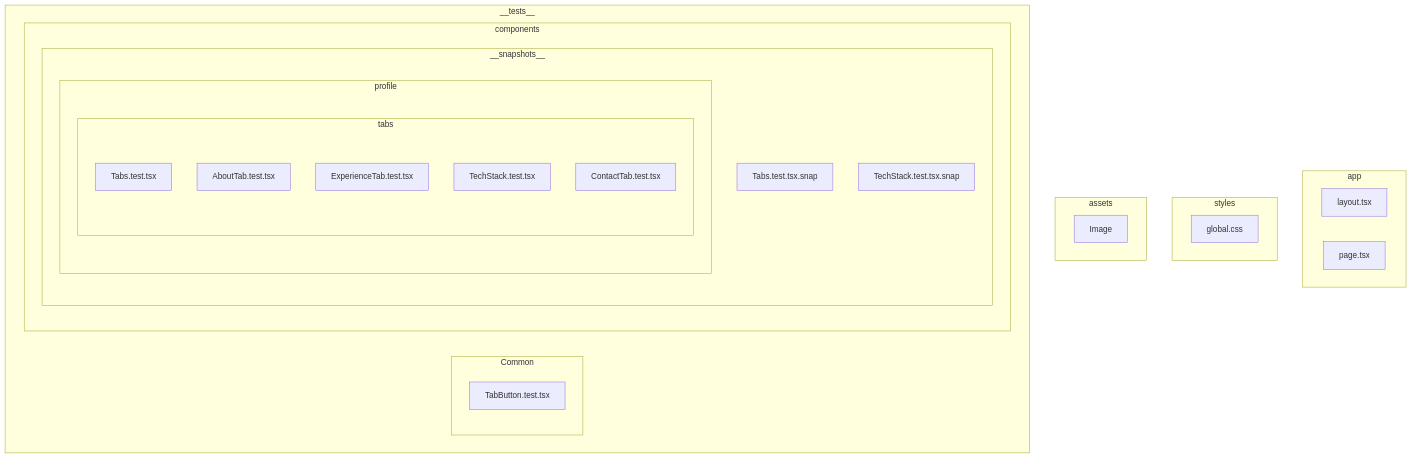
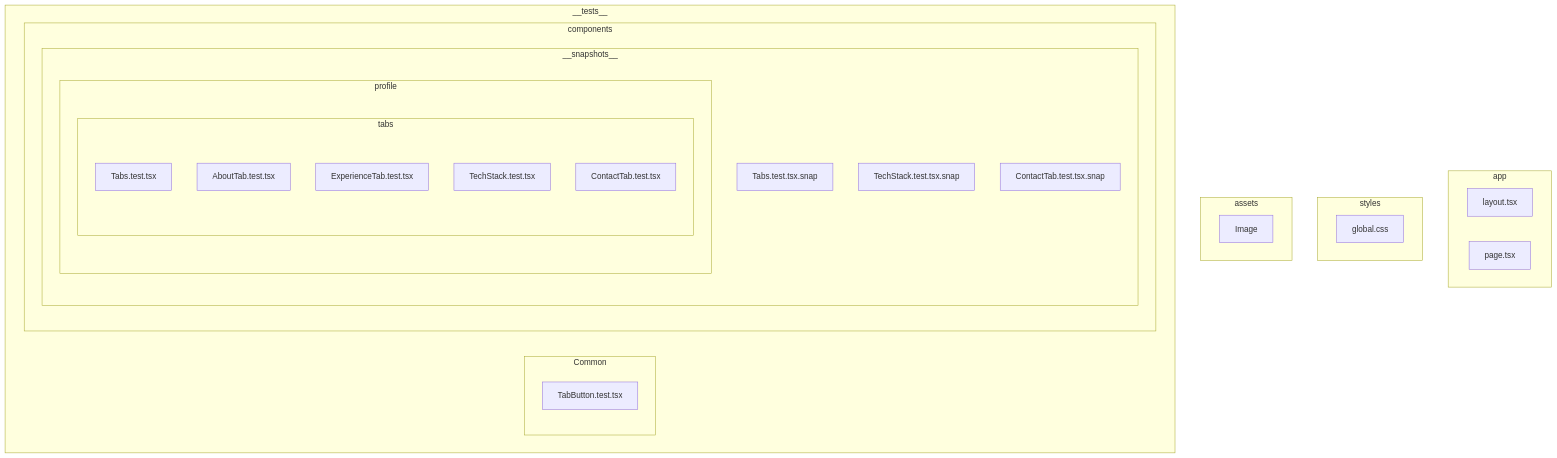
One commit to Chen-Abudi/my-profile-card changed the second of 2 diagrams in README.md. Above: the diagram before and after it, drawn with Mermaid.

````diff
--- a/README.md
+++ b/README.md
@@ -72,40 +72,41 @@
 ```mermaid
 
 flowchart TD
   subgraph app
     layout[layout.tsx]
     page[page.tsx]
   end
 
   subgraph styles
     globalcss[global.css]
   end
 
   subgraph assets
     image[Image]
   end
 
   subgraph __tests__
     subgraph Common
       tabbuttontest[TabButton.test.tsx]
     end
 
     subgraph components
       subgraph __snapshots__
         tabstestsnap[Tabs.test.tsx.snap]
         techstacksnap[TechStack.test.tsx.snap]
+        contacttabtestsnap[ContactTab.test.tsx.snap]
         subgraph profile
           subgraph tabs
             tabstest[Tabs.test.tsx]
             abouttabtest[AboutTab.test.tsx]
             experiencetabtest[ExperienceTab.test.tsx]
             techstacktest[TechStack.test.tsx]
             contacttabtest[ContactTab.test.tsx]
           end
         end
       end
     end
   end
 
 
 ```
````
